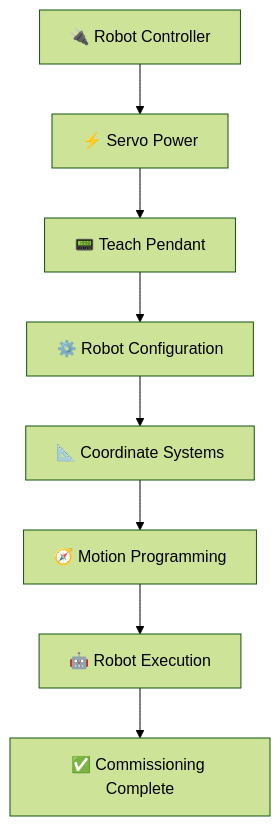
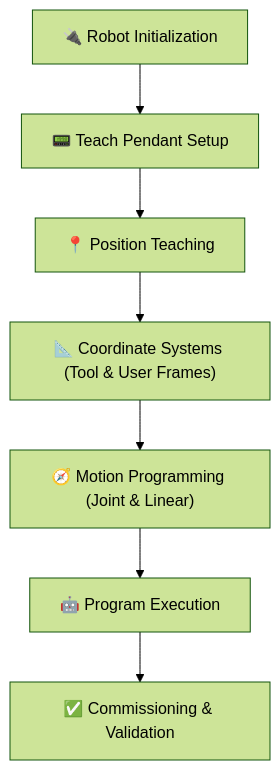
The diagram in README.md (AnilPantula/FANUC-Robot-Programming-Motion-Control), drawn with Mermaid (forest theme) before and after one commit. The commit also changed other lines of this file, not shown here.

````diff
--- a/README.md
+++ b/README.md
@@ -67,10 +77,9 @@
 ```mermaid
 flowchart TB
-A["🔌 Robot Controller"] --> B["⚡ Servo Power"]
-B --> C["📟 Teach Pendant"]
-C --> D["⚙️ Robot Configuration"]
-D --> E["📐 Coordinate Systems"]
-E --> F["🧭 Motion Programming"]
-F --> G["🤖 Robot Execution"]
-G --> H["✅ Commissioning Complete"]
+A["🔌 Robot Initialization"] --> B["📟 Teach Pendant Setup"]
+B --> C["📍 Position Teaching"]
+C --> D["📐 Coordinate Systems (Tool & User Frames)"]
+D --> E["🧭 Motion Programming (Joint & Linear)"]
+E --> F["🤖 Program Execution"]
+F --> G["✅ Commissioning & Validation"]
 ```
````
